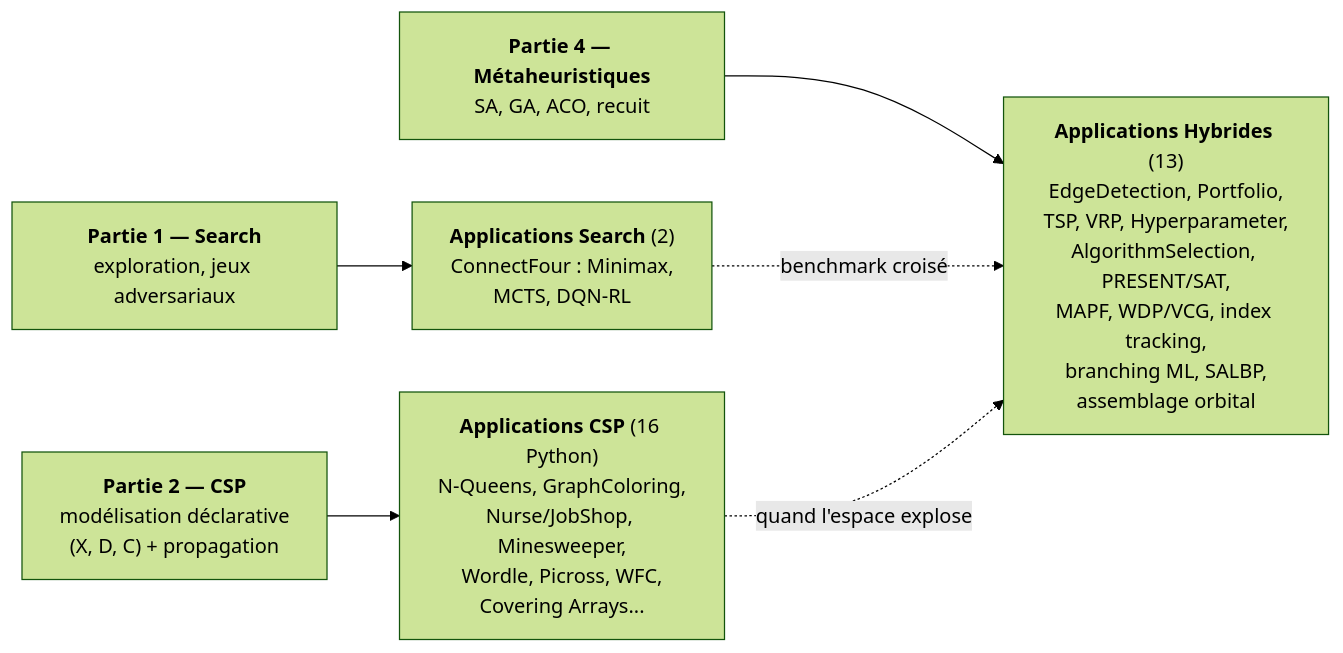
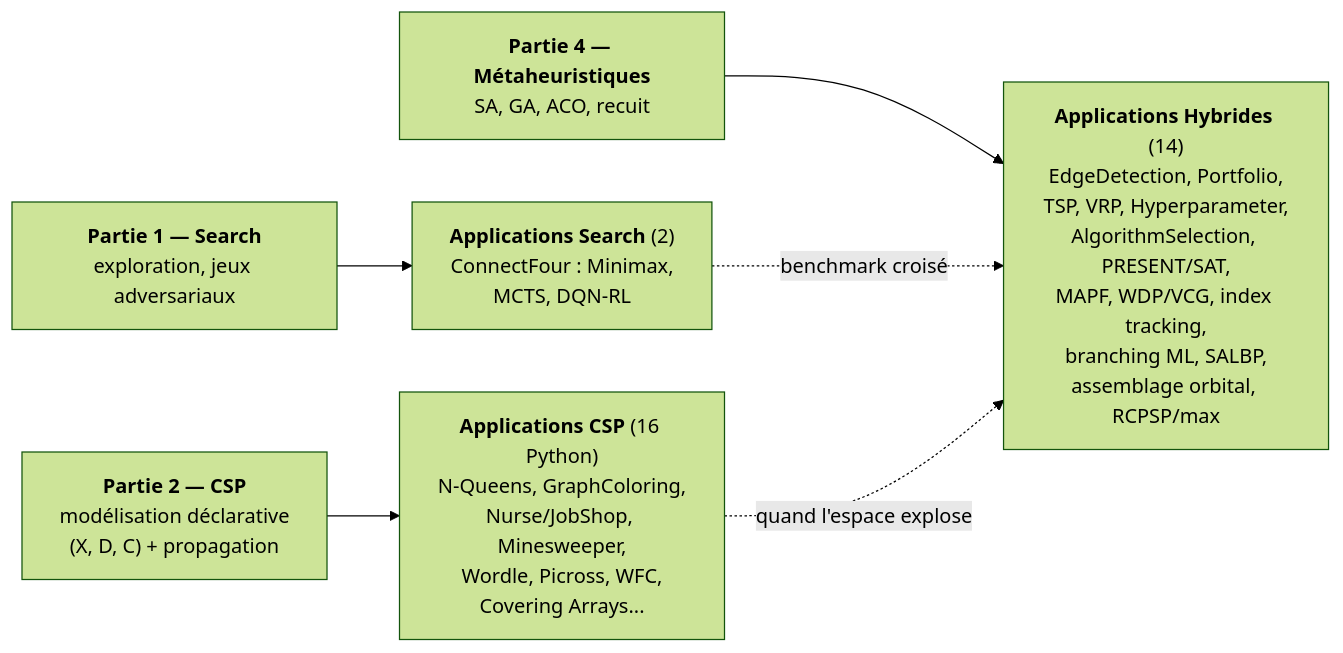
One commit to jsboige/CoursIA changed the diagram in MyIA.AI.Notebooks/Search/Applications/README.md. Above: the diagram before and after it, drawn with Mermaid (forest theme). The commit also changed other lines of this file and 8 other files, not shown here.

First line of the commit message:
feat(search): add RCPSP/max feasibility and bounds audit (PrCon B4 distillation)

````diff
--- a/MyIA.AI.Notebooks/Search/Applications/README.md
+++ b/MyIA.AI.Notebooks/Search/Applications/README.md
@@ -38,14 +38,14 @@
 ```mermaid
 flowchart LR
     P1["<b>Partie 1 — Search</b><br/>exploration, jeux adversariaux"]
     P2["<b>Partie 2 — CSP</b><br/>modélisation déclarative<br/>(X, D, C) + propagation"]
     P4["<b>Partie 4 — Métaheuristiques</b><br/>SA, GA, ACO, recuit"]
     S["<b>Applications Search</b> (2)<br/>ConnectFour : Minimax,<br/>MCTS, DQN-RL"]
     C["<b>Applications CSP</b> (16 Python)<br/>N-Queens, GraphColoring,<br/>Nurse/JobShop, Minesweeper,<br/>Wordle, Picross, WFC,<br/>Covering Arrays..."]
-    H["<b>Applications Hybrides</b> (13)<br/>EdgeDetection, Portfolio,<br/>TSP, VRP, Hyperparameter,<br/>AlgorithmSelection, PRESENT/SAT,<br/>MAPF, WDP/VCG, index tracking,<br/>branching ML, SALBP,<br/>assemblage orbital"]
+    H["<b>Applications Hybrides</b> (14)<br/>EdgeDetection, Portfolio,<br/>TSP, VRP, Hyperparameter,<br/>AlgorithmSelection, PRESENT/SAT,<br/>MAPF, WDP/VCG, index tracking,<br/>branching ML, SALBP,<br/>assemblage orbital, RCPSP/max"]
     P1 --> S
     P2 --> C
     P4 --> H
     S -.->|"benchmark croisé"| H
     C -.->|"quand l'espace explose"| H
 ```
````
